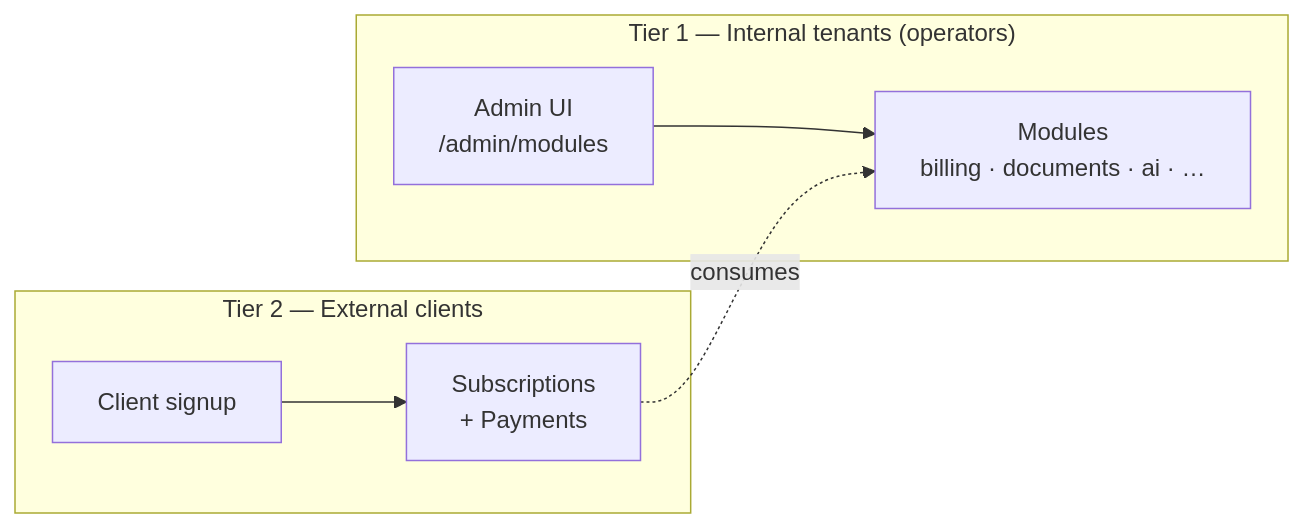
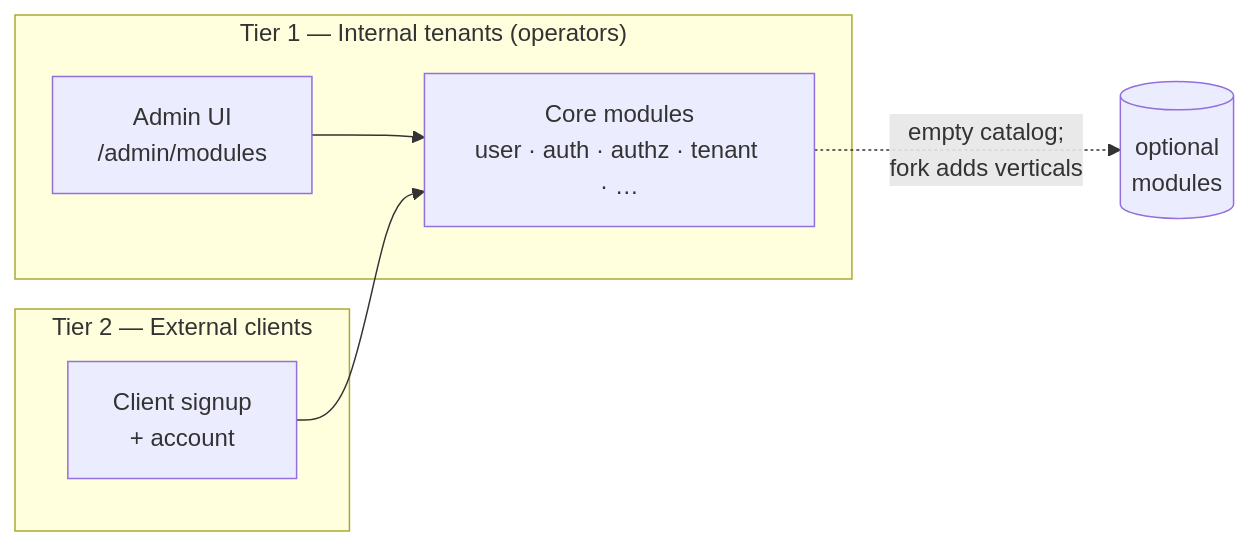
The diagram in docs/site/architecture/index.mdx (orkestra-cc/orkestra), drawn with Mermaid before and after one commit. The commit also changed other lines of this file and 2 other files, not shown here.

Commit message:
docs(site): remove the AI-sidecar-split page (deleted by ADR-0006)
The cmd/ai-service sidecar left with the addons in ADR-0006 Phase 2, but
the docs site still carried a dedicated page advertising it — and the
architecture landing page listed "AI sidecar split" as a top-3 design
concept and linked it twice.

- delete architecture/ai-sidecar-split.mdx (autogenerated sidebar, no
  sidebars.js entry to clean)
- rewrite architecture/index.mdx for the core-only base: drop the sidecar
  bullet/link, replace "build tags = what's installable" with the
  registered-vs-enabled distinction, and redraw the mermaid around the
  core modules + empty optional-module catalog
- reword the shared-iface.mdx line that linked the sidecar page to make
  the same iface-indirection point without the dead link

Broader docs-site core-only drift (SKU references in getting-started /
installation, removed-addon ifaces in the shared-iface table, build-tags
in module-lifecycle) is left for a dedicated pass.

````diff
--- a/docs/site/architecture/index.mdx
+++ b/docs/site/architecture/index.mdx
@@ -15,14 +14,13 @@
 ```mermaid
 flowchart LR
   subgraph Tier1["Tier 1 — Internal tenants (operators)"]
     Admin[Admin UI<br/>/admin/modules]
-    Mods[Modules<br/>billing · documents · ai · …]
+    Core[Core modules<br/>user · auth · authz · tenant · …]
   end
   subgraph Tier2["Tier 2 — External clients"]
-    Client[Client signup]
-    Subs[Subscriptions<br/>+ Payments]
+    Client[Client signup<br/>+ account]
   end
-  Admin --> Mods
-  Client --> Subs
-  Subs -.consumes.-> Mods
+  Admin --> Core
+  Client --> Core
+  Core -.empty catalog;<br/>fork adds verticals.-> Addons[(optional<br/>modules)]
 ```
````
